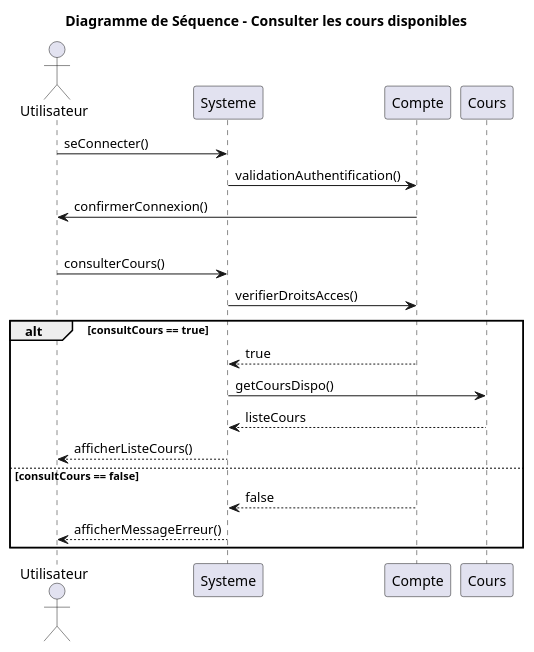
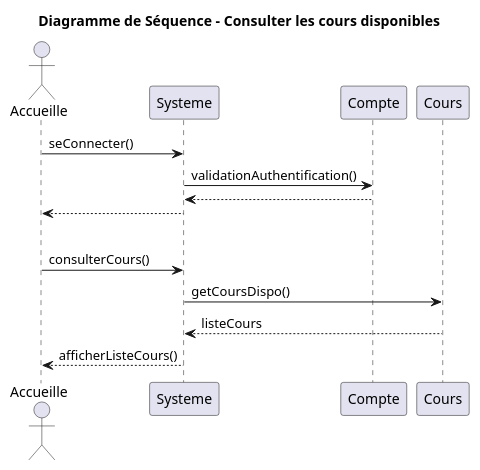
Before and after one commit to Egario54/ProjetClubNautique: the diagram in UML/Diagramme_sequence_consulter_cours.puml, drawn with PlantUML. The commit also changed 31 other files, not shown here.

Commit message:
standardisation des retours dans les diagrammes

```diff
--- a/UML/Diagramme_sequence_consulter_cours.puml
+++ b/UML/Diagramme_sequence_consulter_cours.puml
@@ -1,28 +1,23 @@
 @startuml
 title Diagramme de Séquence - Consulter les cours disponibles
-actor Utilisateur
+actor Accueille as Utilisateur
 participant Systeme
 participant Compte
 participant Cours
 
 'Connexion à un compte'
 Utilisateur -> Systeme: seConnecter()
 Systeme -> Compte: validationAuthentification()
-Compte -> Utilisateur: confirmerConnexion()
+return
+Systeme --> Utilisateur
 
 'Séparation'
 |||
 
 'Consulter les cours disponibles'
 Utilisateur -> Systeme : consulterCours()
-Systeme -> Compte : verifierDroitsAcces()
-alt consultCours == true
-    Compte --> Systeme : true
-    Systeme -> Cours : getCoursDispo()
-    Cours --> Systeme : listeCours
-    Systeme --> Utilisateur : afficherListeCours()
-else consultCours == false
-    Compte --> Systeme : false
-    Systeme --> Utilisateur : afficherMessageErreur()
-end
+Systeme -> Cours : getCoursDispo()
+Cours --> Systeme : listeCours
+Systeme --> Utilisateur : afficherListeCours()
+
 @enduml
```
